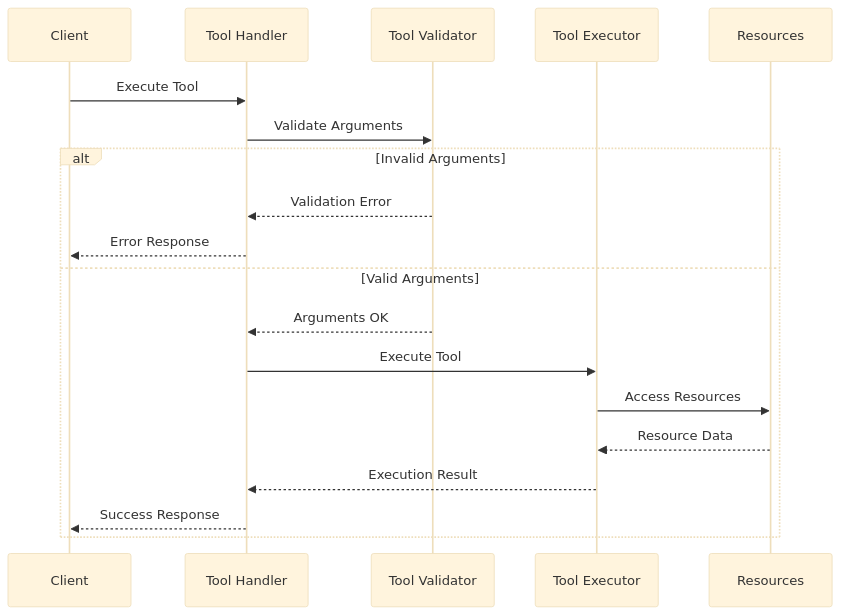
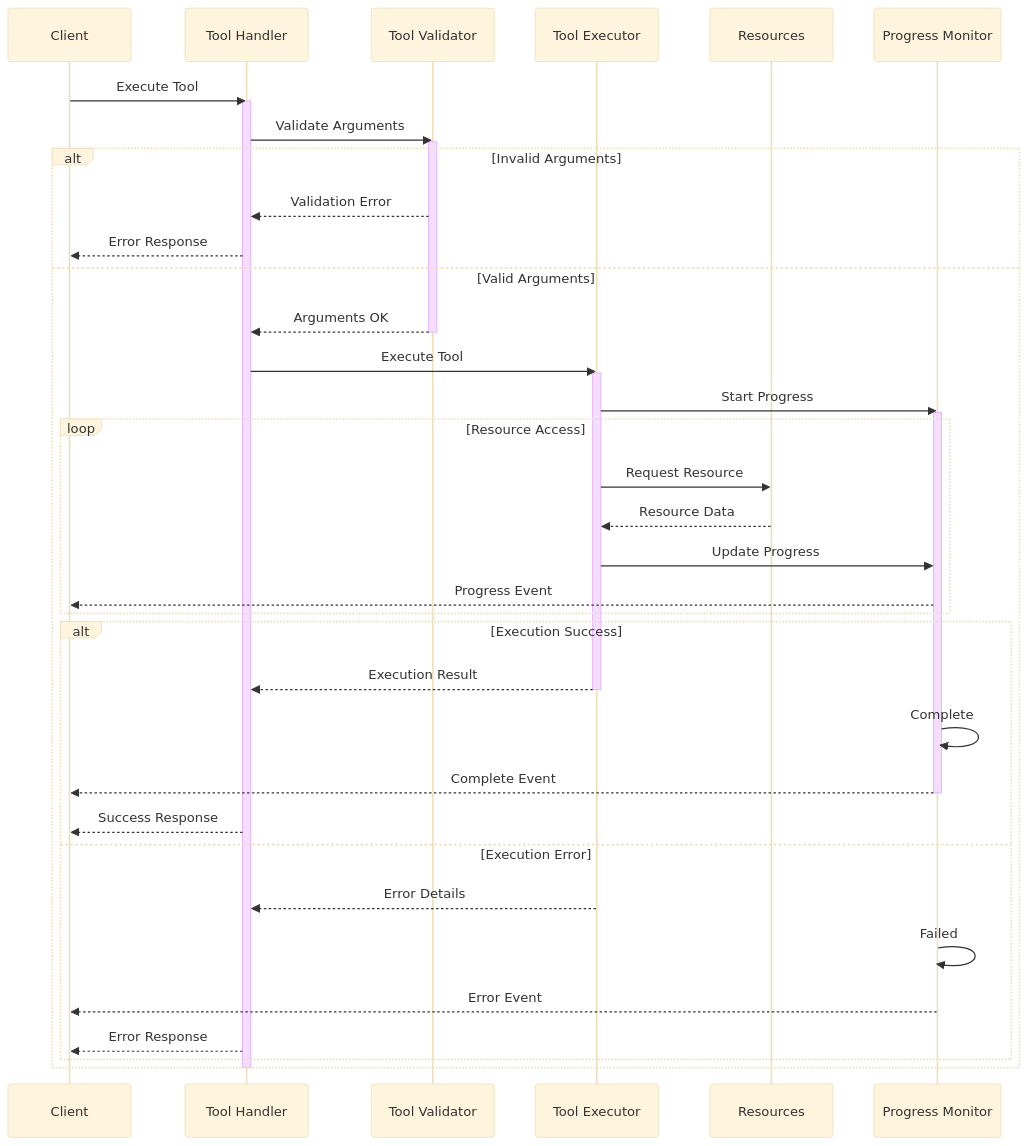
One commit to sparesparrow/cursor-rules changed the second of 4 diagrams in .cursor/rules/diagrams/mcp-resource-tool-flow.mdc. Above: the diagram before and after it, drawn with Mermaid (base theme). The commit also changed other lines of this file and 5 other files, not shown here.

````diff
--- a/.cursor/rules/diagrams/mcp-resource-tool-flow.mdc
+++ b/.cursor/rules/diagrams/mcp-resource-tool-flow.mdc
@@ -39,23 +63,51 @@
 ```mermaid
 sequenceDiagram
     participant C as Client
     participant TH as Tool Handler
     participant TV as Tool Validator
     participant TE as Tool Executor
     participant R as Resources
+    participant P as Progress Monitor
 
     C->>TH: Execute Tool
+    activate TH
+    
     TH->>TV: Validate Arguments
+    activate TV
     
     alt Invalid Arguments
         TV-->>TH: Validation Error
         TH-->>C: Error Response
     else Valid Arguments
         TV-->>TH: Arguments OK
+        deactivate TV
+        
         TH->>TE: Execute Tool
-        TE->>R: Access Resources
-        R-->>TE: Resource Data
-        TE-->>TH: Execution Result
-        TH-->>C: Success Response
+        activate TE
+        
+        TE->>P: Start Progress
+        activate P
+        
+        loop Resource Access
+            TE->>R: Request Resource
+            R-->>TE: Resource Data
+            TE->>P: Update Progress
+            P-->>C: Progress Event
+        end
+        
+        alt Execution Success
+            TE-->>TH: Execution Result
+            deactivate TE
+            P->>P: Complete
+            P-->>C: Complete Event
+            deactivate P
+            TH-->>C: Success Response
+        else Execution Error
+            TE-->>TH: Error Details
+            P->>P: Failed
+            P-->>C: Error Event
+            TH-->>C: Error Response
+        end
     end
+    deactivate TH
 ```
````
